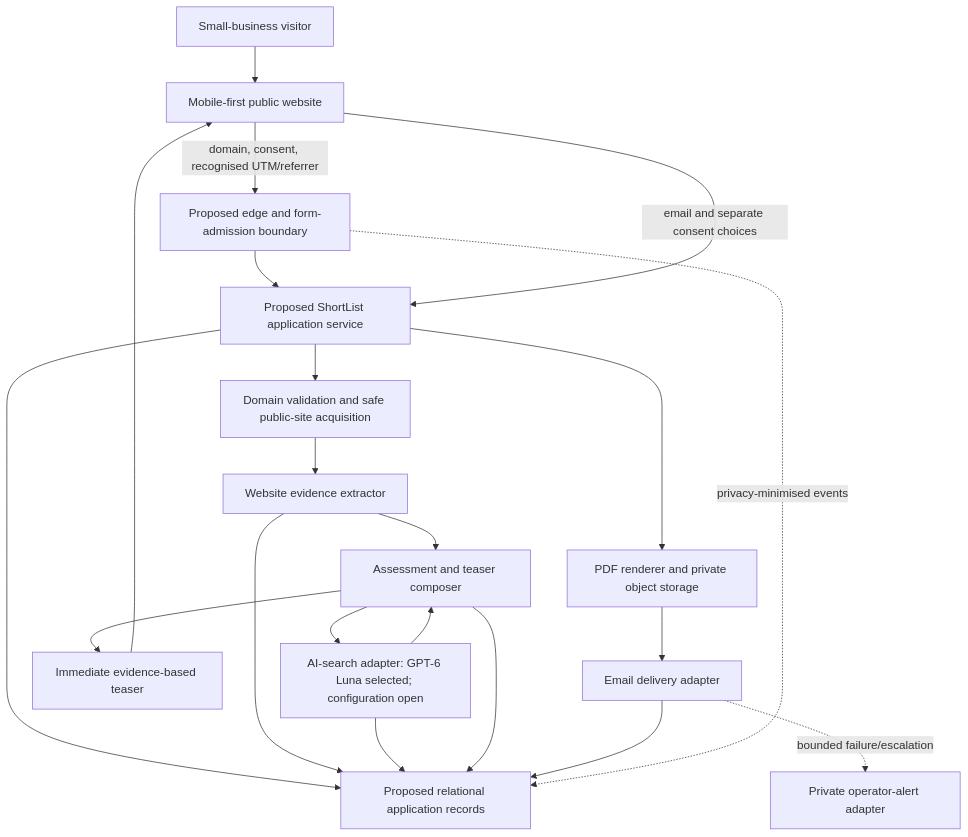
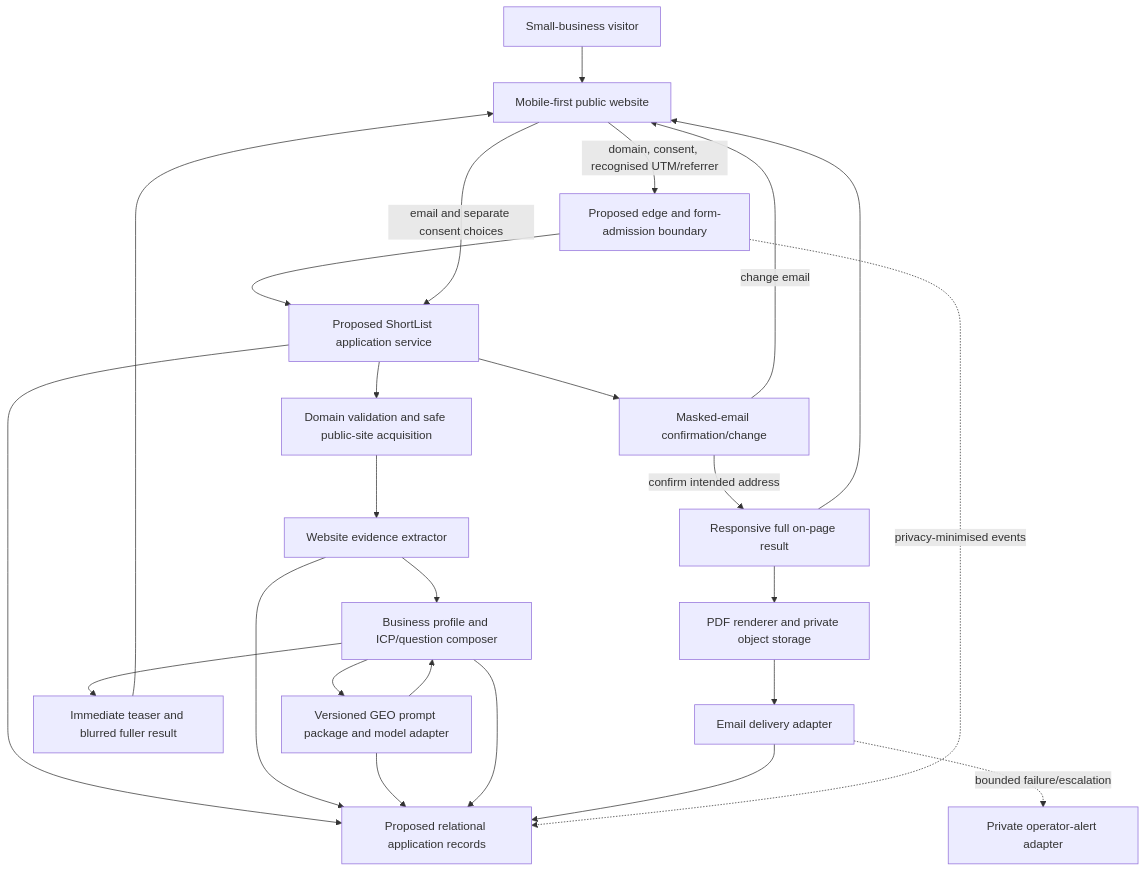
The first of 2 diagrams in docs/product/SDD.md (successbycs/ShortList), drawn with Mermaid before and after one commit. The commit also changed other lines of this file and 42 other files, not shown here.

Commit message:
docs: define ShortList MVP architecture and journey

````diff
--- a/docs/product/SDD.md
+++ b/docs/product/SDD.md
@@ -79,27 +87,31 @@
 ```mermaid
 flowchart TD
     Visitor[Small-business visitor] --> Browser[Mobile-first public website]
     Browser -->|domain, consent, recognised UTM/referrer| Edge[Proposed edge and form-admission boundary]
     Edge --> App[Proposed ShortList application service]
 
     App --> Safety[Domain validation and safe public-site acquisition]
     Safety --> Evidence[Website evidence extractor]
-    Evidence --> Assessment[Assessment and teaser composer]
-    Assessment --> Search[AI-search adapter: GPT-6 Luna selected; configuration open]
+    Evidence --> Assessment[Business profile and ICP/question composer]
+    Assessment --> Search[Versioned GEO prompt package and model adapter]
     Search --> Assessment
 
     App --> Records[Proposed relational application records]
     Evidence --> Records
     Search --> Records
     Assessment --> Records
 
-    Assessment --> Preview[Immediate evidence-based teaser]
+    Assessment --> Preview[Immediate teaser and blurred fuller result]
     Preview --> Browser
     Browser -->|email and separate consent choices| App
-    App --> Report[PDF renderer and private object storage]
+    App --> Confirmation[Masked-email confirmation/change]
+    Confirmation -->|change email| Browser
+    Confirmation -->|confirm intended address| FullResult[Responsive full on-page result]
+    FullResult --> Browser
+    FullResult --> Report[PDF renderer and private object storage]
     Report --> Delivery[Email delivery adapter]
     Delivery --> Records
     Delivery -. bounded failure/escalation .-> Alert[Private operator-alert adapter]
 
     Edge -. privacy-minimised events .-> Records
 ```
````
